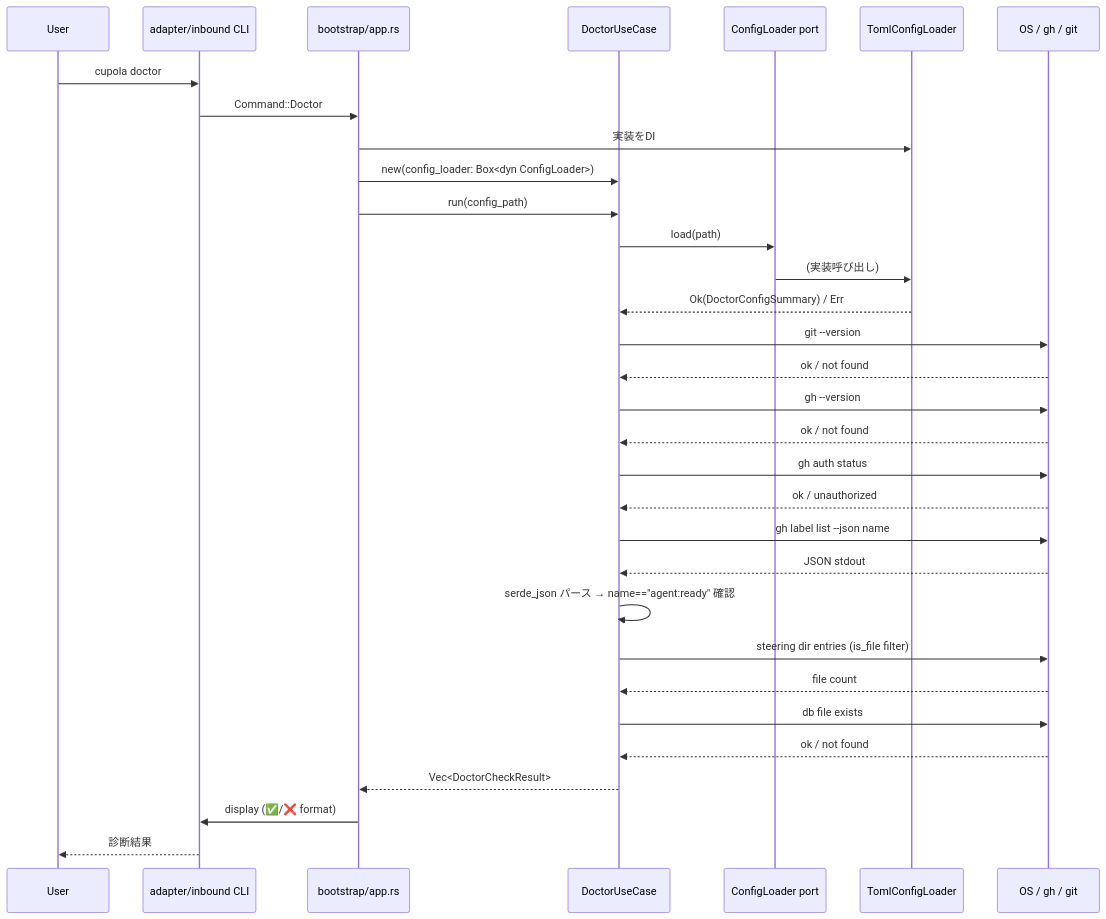
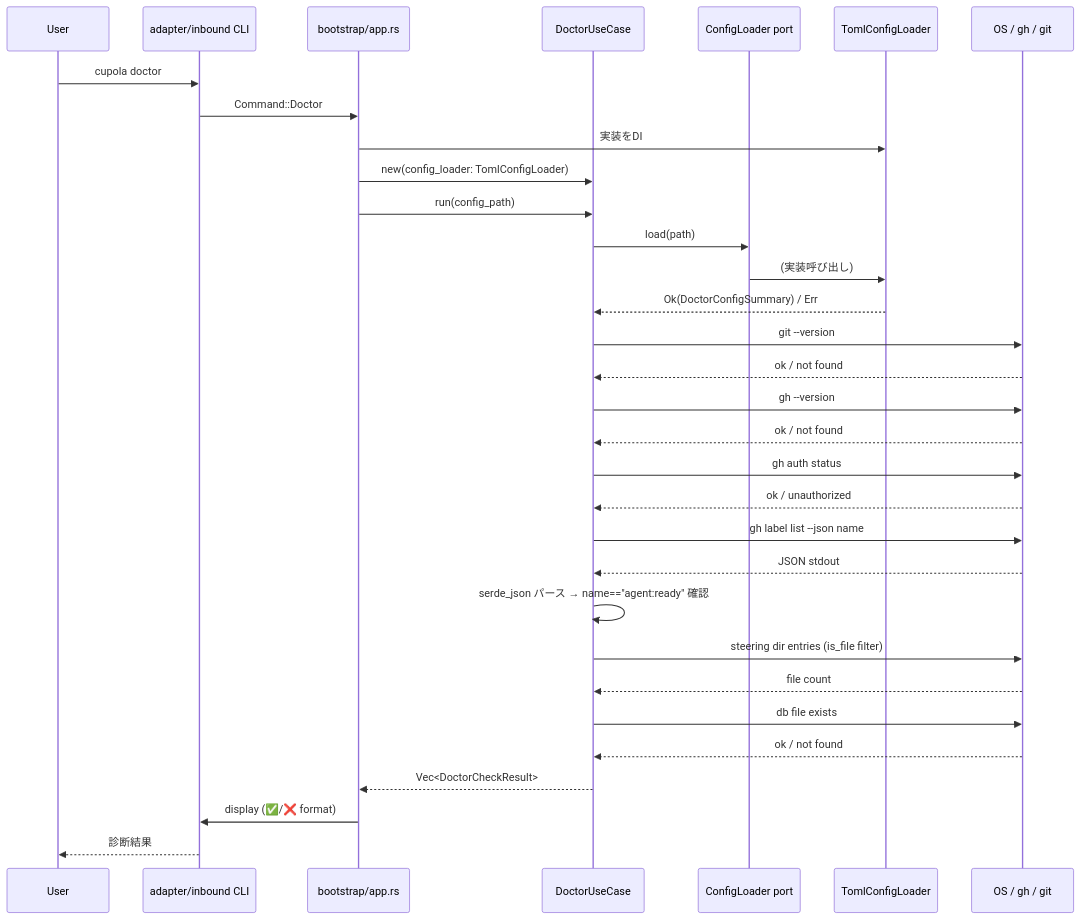
One commit to kyuki3rain/cupola changed the second of 2 diagrams in .cupola/specs/doctor-quality-improvement/design.md. Above: the diagram before and after it, drawn with Mermaid. The commit also changed other lines of this file and 4 other files, not shown here.

````diff
--- a/.cupola/specs/doctor-quality-improvement/design.md
+++ b/.cupola/specs/doctor-quality-improvement/design.md
@@ -89,35 +88,35 @@
 ```mermaid
 sequenceDiagram
     participant User
     participant CLI as adapter/inbound CLI
     participant App as bootstrap/app.rs
     participant UC as DoctorUseCase
     participant CL as ConfigLoader port
     participant Toml as TomlConfigLoader
     participant OS as OS / gh / git
 
     User->>CLI: cupola doctor
     CLI->>App: Command::Doctor
     App->>Toml: 実装をDI
-    App->>UC: new(config_loader: Box<dyn ConfigLoader>)
+    App->>UC: new(config_loader: TomlConfigLoader)
     App->>UC: run(config_path)
     UC->>CL: load(path)
     CL->>Toml: (実装呼び出し)
     Toml-->>UC: Ok(DoctorConfigSummary) / Err
     UC->>OS: git --version
     OS-->>UC: ok / not found
     UC->>OS: gh --version
     OS-->>UC: ok / not found
     UC->>OS: gh auth status
     OS-->>UC: ok / unauthorized
     UC->>OS: gh label list --json name
     OS-->>UC: JSON stdout
     UC->>UC: serde_json パース → name=="agent:ready" 確認
     UC->>OS: steering dir entries (is_file filter)
     OS-->>UC: file count
     UC->>OS: db file exists
     OS-->>UC: ok / not found
     UC-->>App: Vec<DoctorCheckResult>
     App->>CLI: display (✅/❌ format)
     CLI-->>User: 診断結果
 ```
````
